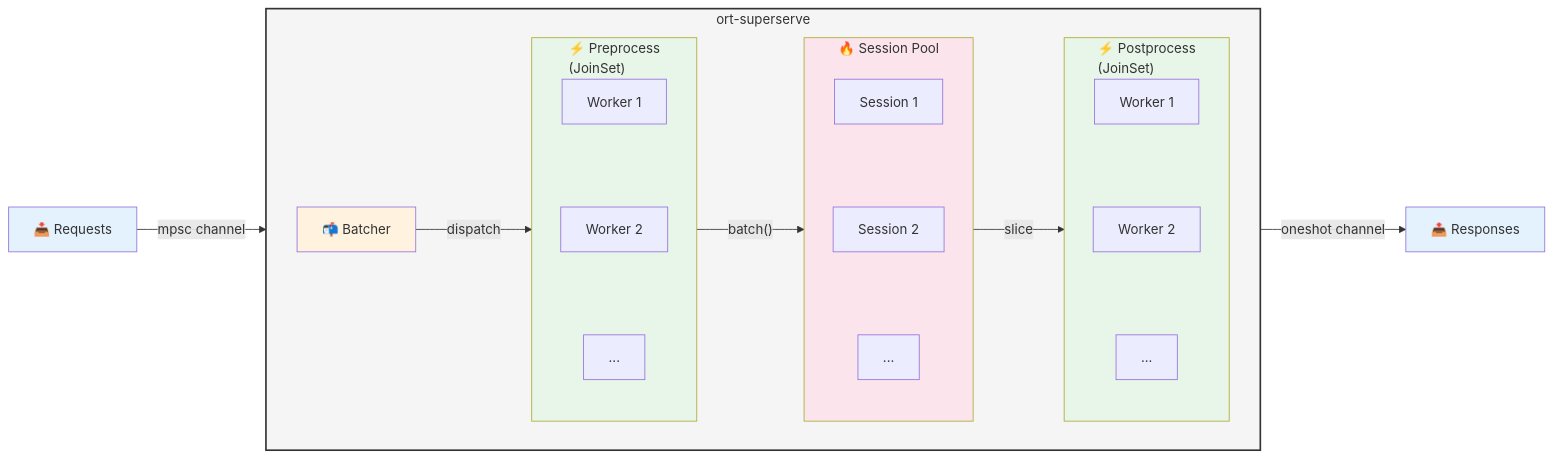
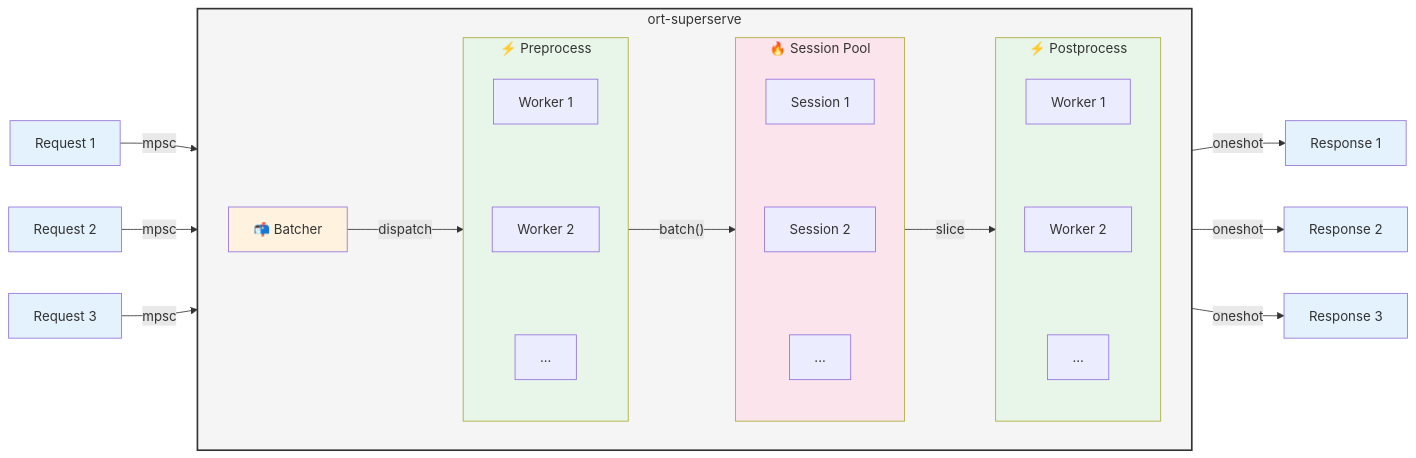
One commit to JiraPit/ort-superserve changed the diagram in diagrams/flow.mmd. Above: the diagram before and after it, drawn with Mermaid. The commit also changed 1 other file, not shown here.

Commit message:
Update architecture diagram with multiple requests/responses

```diff
--- a/diagrams/flow.mmd
+++ b/diagrams/flow.mmd
@@ -1,41 +1,49 @@
 flowchart LR
-    Requests["📥 Requests"] -->|"mpsc channel"| Batcher["📬 Batcher"]
+    R1["Request 1"] -->|"mpsc"| Batcher["📬 Batcher"]
+    R2["Request 2"] -->|"mpsc"| Batcher
+    R3["Request 3"] -->|"mpsc"| Batcher
     
     subgraph INSIDE["ort-superserve"]
         direction LR
         
-        subgraph P["⚡ Preprocess\n(JoinSet)"]
+        subgraph P["⚡ Preprocess"]
             P1["Worker 1"]
             P2["Worker 2"]
             P3["..."]
             P1 ~~~ P2 ~~~ P3
         end
         
         subgraph S["🔥 Session Pool"]
             S1["Session 1"]
             S2["Session 2"]
             S3["..."]
             S1 ~~~ S2 ~~~ S3
         end
         
-        subgraph PP["⚡ Postprocess\n(JoinSet)"]
+        subgraph PP["⚡ Postprocess"]
             PP1["Worker 1"]
             PP2["Worker 2"]
             PP3["..."]
             PP1 ~~~ PP2 ~~~ PP3
         end
         
         Batcher -->|"dispatch"| P
         P -->|"batch()"| S
         S -->|"slice"| PP
     end
     
-    PP -->|"oneshot channel"| Responses["📤 Responses"]
-
+    PP -->|"oneshot"| O1["Response 1"]
+    PP -->|"oneshot"| O2["Response 2"]
+    PP -->|"oneshot"| O3["Response 3"]
+    
     style INSIDE fill:#f5f5f5,stroke:#333,stroke-width:2px
-    style Requests fill:#e3f2fd
-    style Responses fill:#e3f2fd
     style Batcher fill:#fff3e0
     style P fill:#e8f5e9
     style S fill:#fce4ec
     style PP fill:#e8f5e9
+    style R1 fill:#e3f2fd
+    style R2 fill:#e3f2fd
+    style R3 fill:#e3f2fd
+    style O1 fill:#e3f2fd
+    style O2 fill:#e3f2fd
+    style O3 fill:#e3f2fd
```
